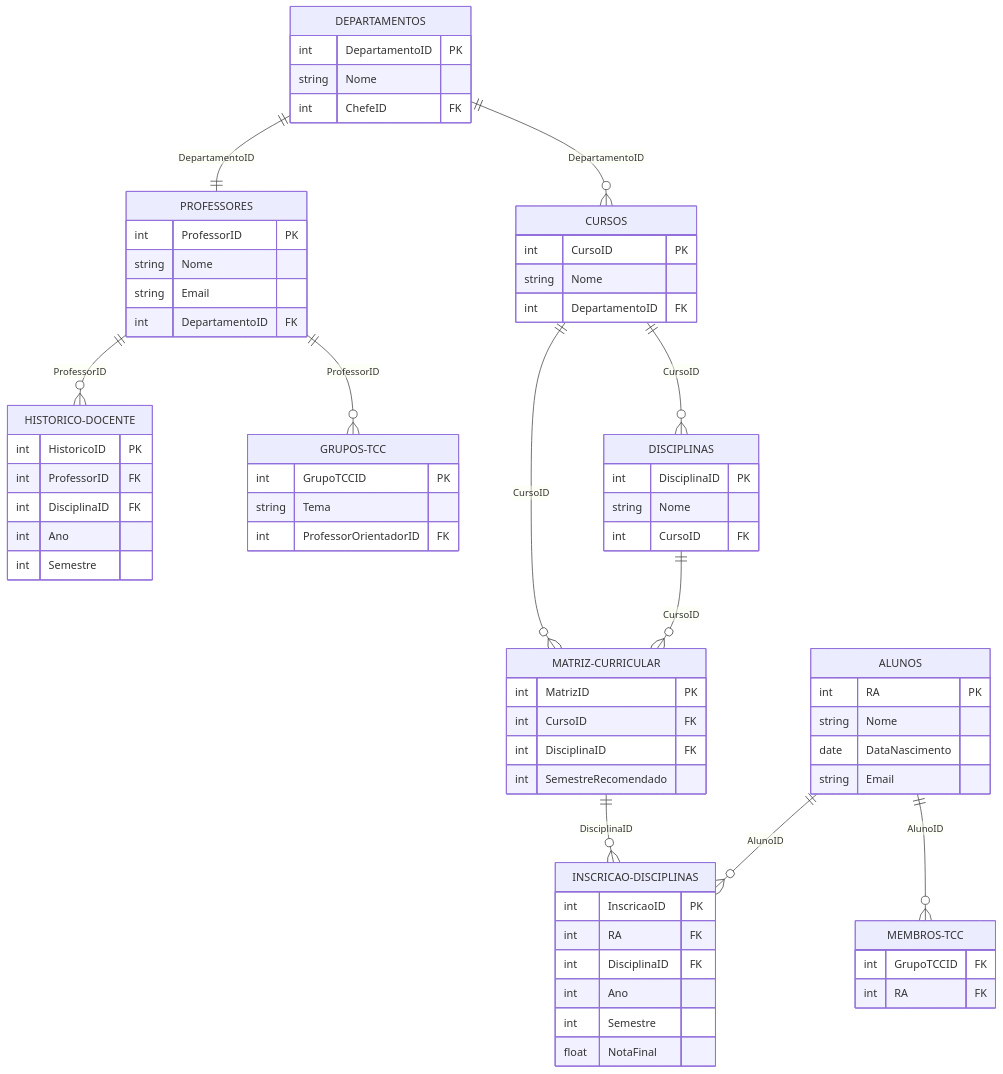
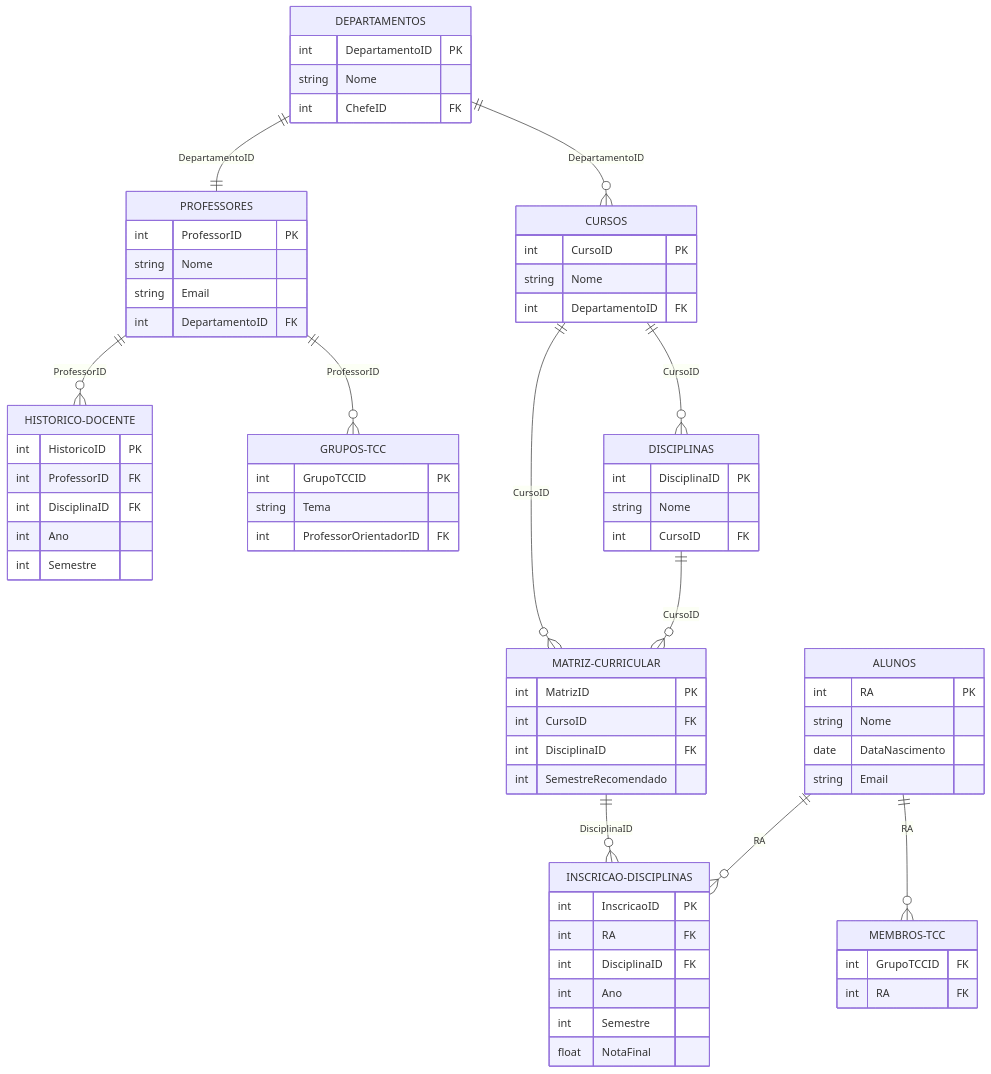
The diagram in README.md (guilherme541/Projeto-DB), drawn with Mermaid before and after one commit.

````diff
--- a/README.md
+++ b/README.md
@@ -10,80 +10,80 @@
 ```mermaid
 erDiagram
-    ALUNOS ||--o{ INSCRICAO-DISCIPLINAS : AlunoID
-    ALUNOS ||--o{ MEMBROS-TCC : AlunoID
+    ALUNOS ||--o{ INSCRICAO-DISCIPLINAS : RA
+    ALUNOS ||--o{ MEMBROS-TCC : RA
     PROFESSORES ||--o{ HISTORICO-DOCENTE : ProfessorID
     PROFESSORES ||--o{ GRUPOS-TCC : ProfessorID
     DEPARTAMENTOS ||--|| PROFESSORES : DepartamentoID
     DEPARTAMENTOS ||--o{ CURSOS : DepartamentoID
     CURSOS ||--o{ DISCIPLINAS : CursoID
     DISCIPLINAS ||--o{ MATRIZ-CURRICULAR : CursoID
     CURSOS ||--o{ MATRIZ-CURRICULAR : CursoID
     MATRIZ-CURRICULAR ||--o{ INSCRICAO-DISCIPLINAS : DisciplinaID
 
     ALUNOS {
         int RA PK
         string Nome
         date DataNascimento
         string Email
     }
 
     PROFESSORES {
         int ProfessorID PK
         string Nome
         string Email
         int DepartamentoID FK
     }
 
     DEPARTAMENTOS {
         int DepartamentoID PK
         string Nome
         int ChefeID FK
     }
 
     CURSOS {
         int CursoID PK
         string Nome
         int DepartamentoID FK
     }
 
     DISCIPLINAS {
         int DisciplinaID PK
         string Nome
         int CursoID FK
     }
 
     MATRIZ-CURRICULAR {
         int MatrizID PK
         int CursoID FK
         int DisciplinaID FK
         int SemestreRecomendado
     }
 
     INSCRICAO-DISCIPLINAS {
         int InscricaoID PK
         int RA FK
         int DisciplinaID FK
         int Ano
         int Semestre
         float NotaFinal
     }
 
     HISTORICO-DOCENTE {
         int HistoricoID PK
         int ProfessorID FK
         int DisciplinaID FK
         int Ano
         int Semestre
     }
 
     GRUPOS-TCC {
         int GrupoTCCID PK
         string Tema
         int ProfessorOrientadorID FK
     }
 
     MEMBROS-TCC {
         int GrupoTCCID FK
         int RA FK
     }
 ```
````
